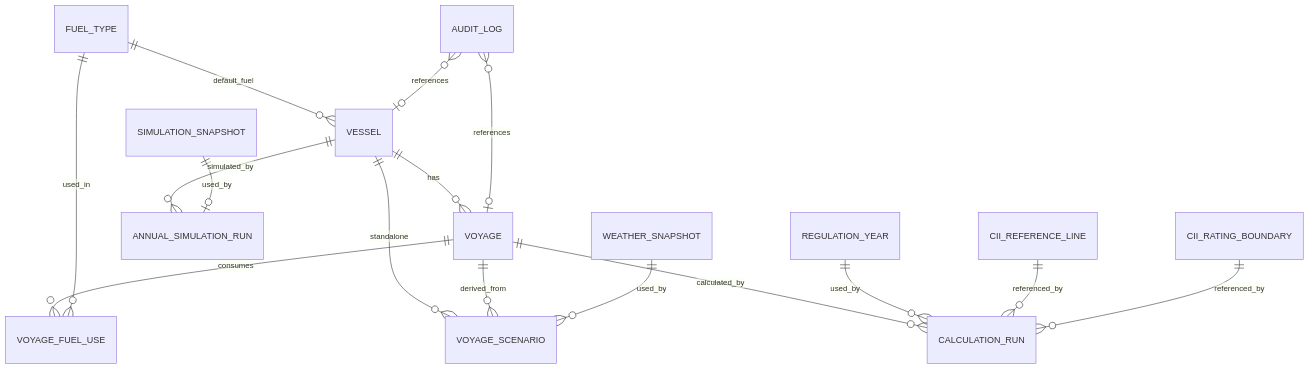
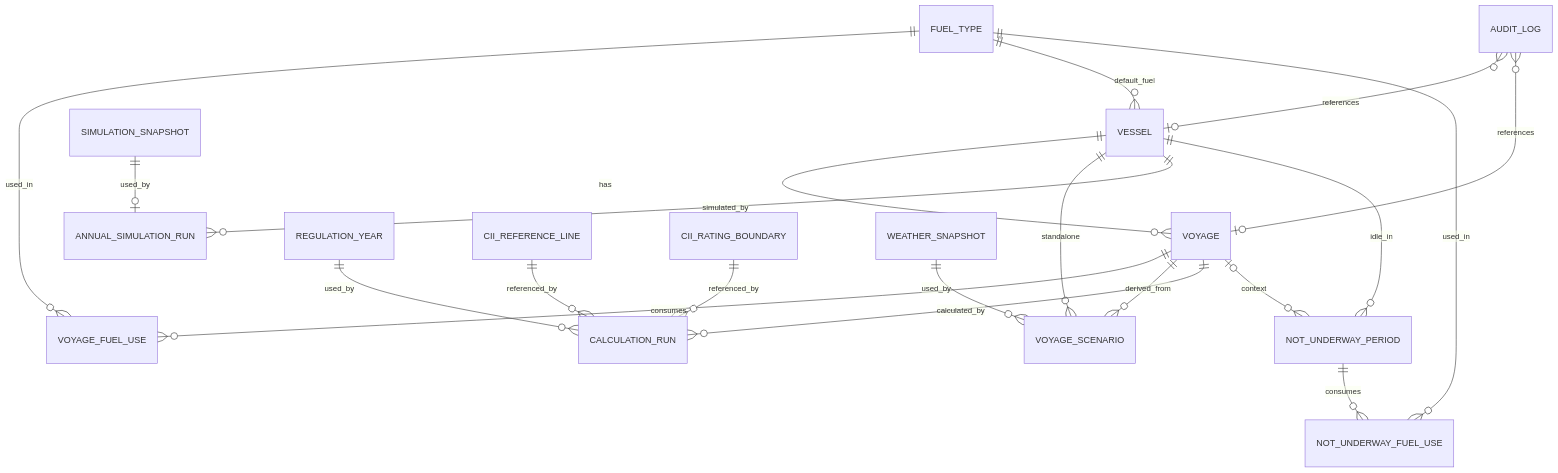
The diagram in DB_SCHEMA.md (26-hp043/26_HP043), drawn with Mermaid before and after one commit. The commit also changed other lines of this file and 1 other file, not shown here.

First line of the commit message:
DB_SCHEMA §2.17·§2.18 신설 및 v1.6 상향 — ER 다이어그램·README 문서 구조 갱신 (#345)

````diff
--- a/DB_SCHEMA.md
+++ b/DB_SCHEMA.md
@@ -49,18 +49,22 @@
 ```mermaid
 erDiagram
     VESSEL ||--o{ VOYAGE : has
     VESSEL ||--o{ VOYAGE_SCENARIO : standalone
     VOYAGE ||--o{ VOYAGE_FUEL_USE : consumes
     VOYAGE ||--o{ VOYAGE_SCENARIO : derived_from
     VOYAGE ||--o{ CALCULATION_RUN : calculated_by
     VESSEL ||--o{ ANNUAL_SIMULATION_RUN : simulated_by
     SIMULATION_SNAPSHOT ||--o| ANNUAL_SIMULATION_RUN : used_by
     REGULATION_YEAR ||--o{ CALCULATION_RUN : used_by
     FUEL_TYPE ||--o{ VOYAGE_FUEL_USE : used_in
     FUEL_TYPE ||--o{ VESSEL : default_fuel
     CII_REFERENCE_LINE ||--o{ CALCULATION_RUN : referenced_by
     CII_RATING_BOUNDARY ||--o{ CALCULATION_RUN : referenced_by
     WEATHER_SNAPSHOT ||--o{ VOYAGE_SCENARIO : used_by
     AUDIT_LOG }o--o| VESSEL : references
     AUDIT_LOG }o--o| VOYAGE : references
+    VESSEL ||--o{ NOT_UNDERWAY_PERIOD : idle_in
+    VOYAGE |o--o{ NOT_UNDERWAY_PERIOD : context
+    NOT_UNDERWAY_PERIOD ||--o{ NOT_UNDERWAY_FUEL_USE : consumes
+    FUEL_TYPE ||--o{ NOT_UNDERWAY_FUEL_USE : used_in
 ```
````
